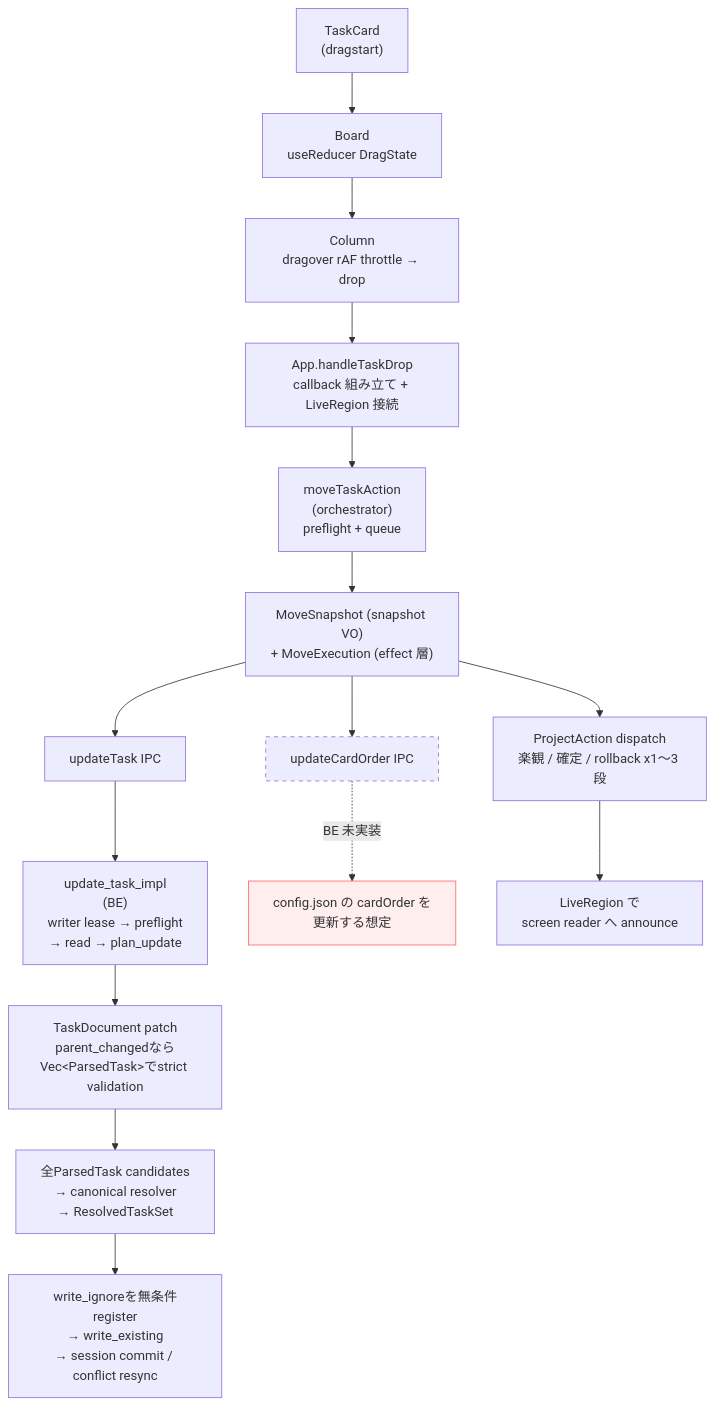
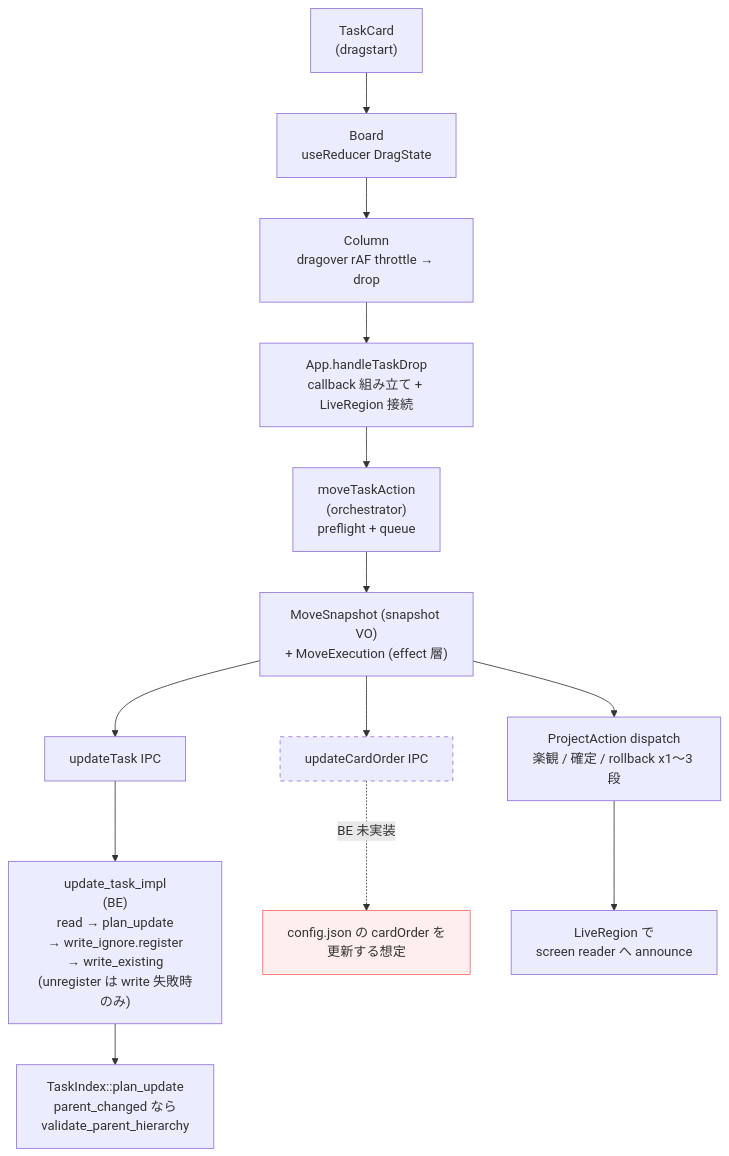
One commit to DIO0550/spec-board changed the first of 4 diagrams in docs/impl/dnd-current-state.md. Above: the diagram before and after it, drawn with Mermaid. The commit also changed other lines of this file and 8 other files, not shown here.

````diff
--- a/docs/impl/dnd-current-state.md
+++ b/docs/impl/dnd-current-state.md
@@ -15,20 +15,18 @@
 ```mermaid
 flowchart TD
     TC["TaskCard<br/>(dragstart)"] --> BD["Board<br/>useReducer DragState"]
     BD --> CL["Column<br/>dragover rAF throttle → drop"]
     CL --> APP["App.handleTaskDrop<br/>callback 組み立て + LiveRegion 接続"]
     APP --> MTA["moveTaskAction<br/>(orchestrator)<br/>preflight + queue"]
     MTA --> SNAP["MoveSnapshot (snapshot VO)<br/>+ MoveExecution (effect 層)"]
     SNAP --> UT["updateTask IPC"]
     SNAP --> UCO["updateCardOrder IPC"]
-    UT --> UTI["update_task_impl<br/>(BE)<br/>writer lease → preflight<br/>→ read → plan_update"]
-    UTI --> PU["TaskDocument patch<br/>parent_changedなら<br/>Vec&lt;ParsedTask&gt;でstrict validation"]
-    PU --> RES["全ParsedTask candidates<br/>→ canonical resolver<br/>→ ResolvedTaskSet"]
-    RES --> WRITE["write_ignoreを無条件register<br/>→ write_existing<br/>→ session commit / conflict resync"]
+    UT --> UTI["update_task_impl<br/>(BE)<br/>read → plan_update<br/>→ write_ignore.register<br/>→ write_existing<br/>(unregister は write 失敗時のみ)"]
+    UTI --> PU["TaskIndex::plan_update<br/>parent_changed なら<br/>validate_parent_hierarchy"]
     UCO -.BE 未実装.-> UCOBE["config.json の cardOrder を<br/>更新する想定"]
     SNAP --> DISP["ProjectAction dispatch<br/>楽観 / 確定 / rollback x1〜3 段"]
     DISP --> LR["LiveRegion で<br/>screen reader へ announce"]
 
     style UCO stroke-dasharray: 5 5
     style UCOBE fill:#fee,stroke:#f66
 ```
````
